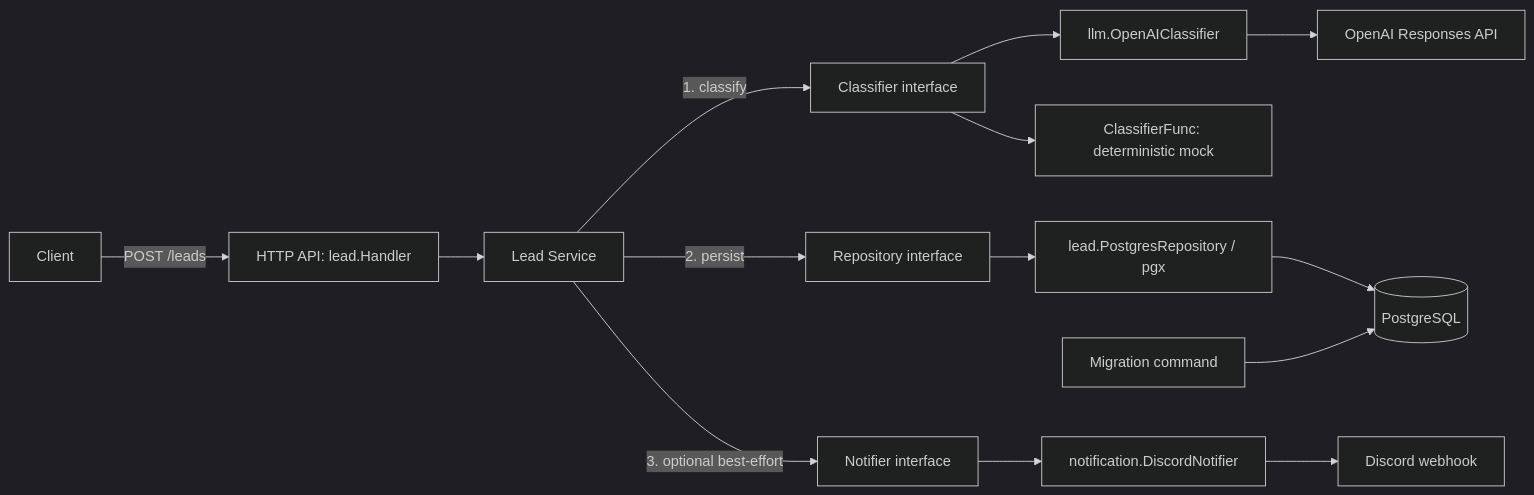
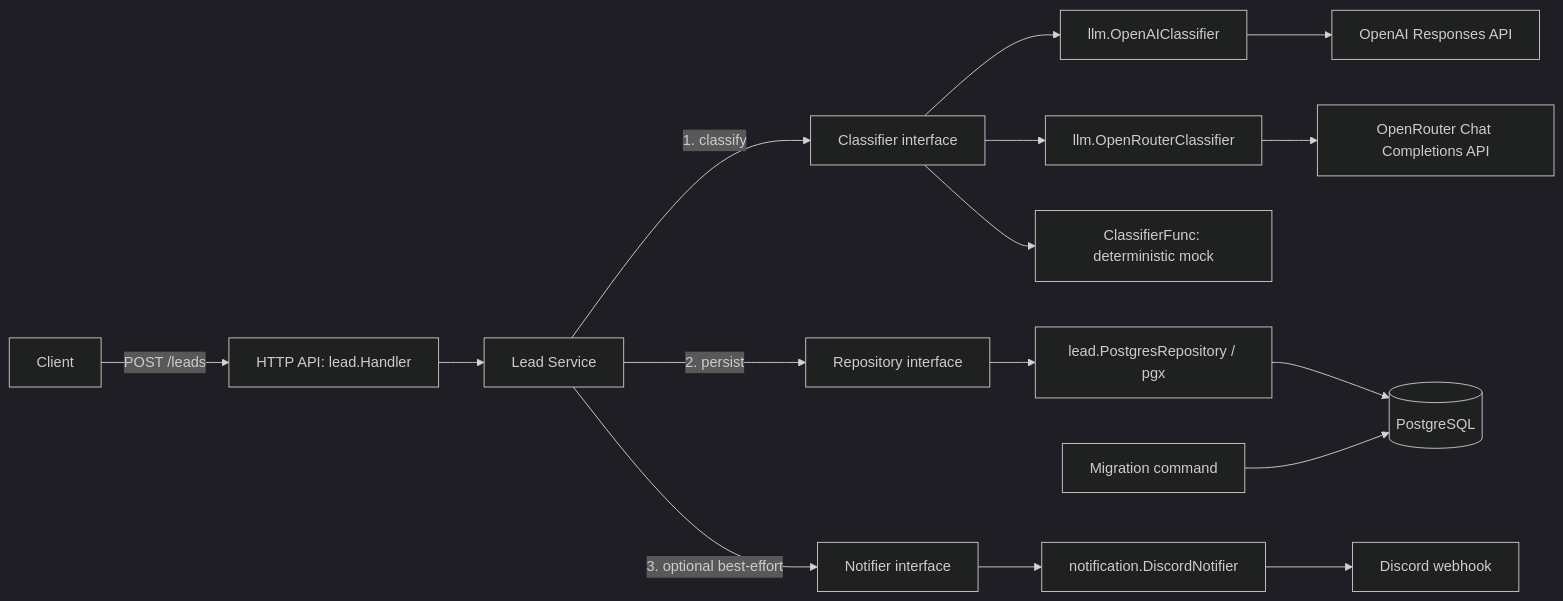
Before and after one commit to Tranduy1dol/ai-lead-automation: the diagram in README.md, drawn with Mermaid (dark theme). The commit also changed other lines of this file and 9 other files, not shown here.

````diff
--- a/README.md
+++ b/README.md
@@ -40,16 +40,18 @@
 ```mermaid
 flowchart LR
     Client -->|POST /leads| Handler[HTTP API: lead.Handler]
     Handler --> Service[Lead Service]
     Service -->|1. classify| Classifier[Classifier interface]
     Classifier --> OpenAI[llm.OpenAIClassifier]
     OpenAI --> Responses[OpenAI Responses API]
+    Classifier --> OpenRouter[llm.OpenRouterClassifier]
+    OpenRouter --> Chat[OpenRouter Chat Completions API]
     Classifier --> Mock[ClassifierFunc: deterministic mock]
     Service -->|2. persist| Repository[Repository interface]
     Repository --> PG[lead.PostgresRepository / pgx]
     PG --> DB[(PostgreSQL)]
     Service -->|3. optional best-effort| Notifier[Notifier interface]
     Notifier --> Discord[notification.DiscordNotifier]
     Discord --> Webhook[Discord webhook]
     Migrate[Migration command] --> DB
 ```
````
